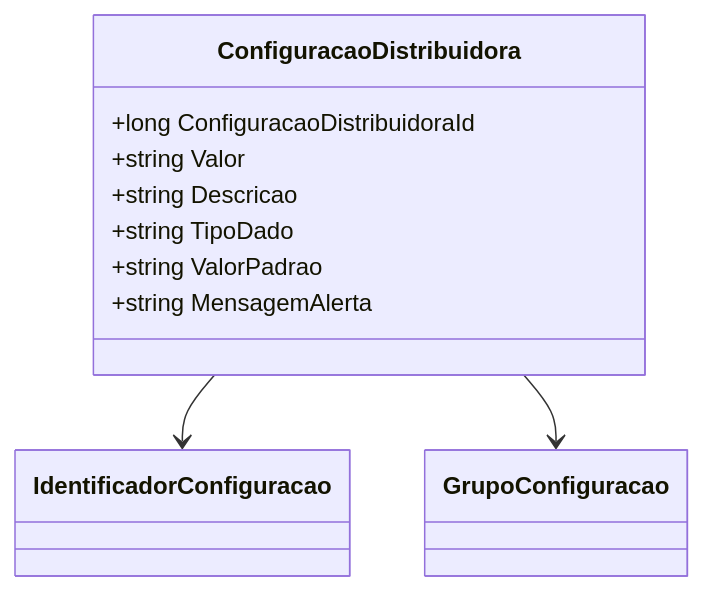
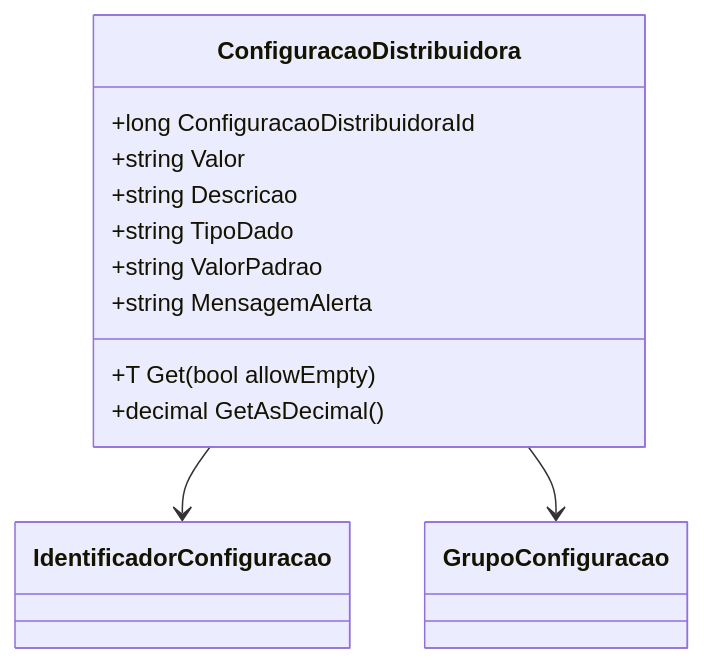
Before and after one commit to IsthmusSistemas/documentacao-tecnica: the second of 2 diagrams in docs/b2b-dominio/IsthmusWinthor.Nucleo/IsthmusWinthor.Dominio/POCO/ConfiguracaoDistribuidora.md, drawn with Mermaid. The commit also changed other lines of this file and 882 other files, not shown here.

````diff
--- a/docs/b2b-dominio/IsthmusWinthor.Nucleo/IsthmusWinthor.Dominio/POCO/ConfiguracaoDistribuidora.md
+++ b/docs/b2b-dominio/IsthmusWinthor.Nucleo/IsthmusWinthor.Dominio/POCO/ConfiguracaoDistribuidora.md
@@ -53,13 +59,15 @@
 ```mermaid
 classDiagram
     class ConfiguracaoDistribuidora {
         +long ConfiguracaoDistribuidoraId
         +string Valor
         +string Descricao
         +string TipoDado
         +string ValorPadrao
         +string MensagemAlerta
+        +T Get<T>(bool allowEmpty)
+        +decimal GetAsDecimal()
     }
     ConfiguracaoDistribuidora --> IdentificadorConfiguracao
     ConfiguracaoDistribuidora --> GrupoConfiguracao
 ```
````
